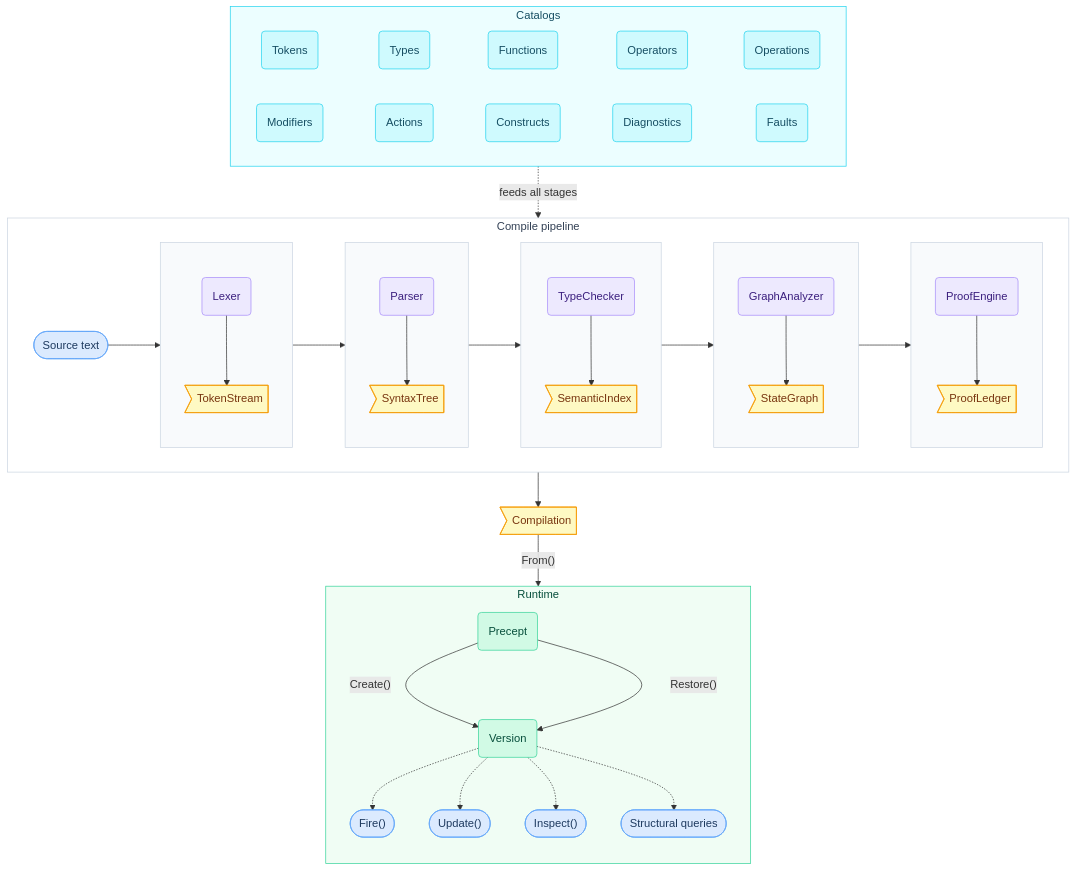
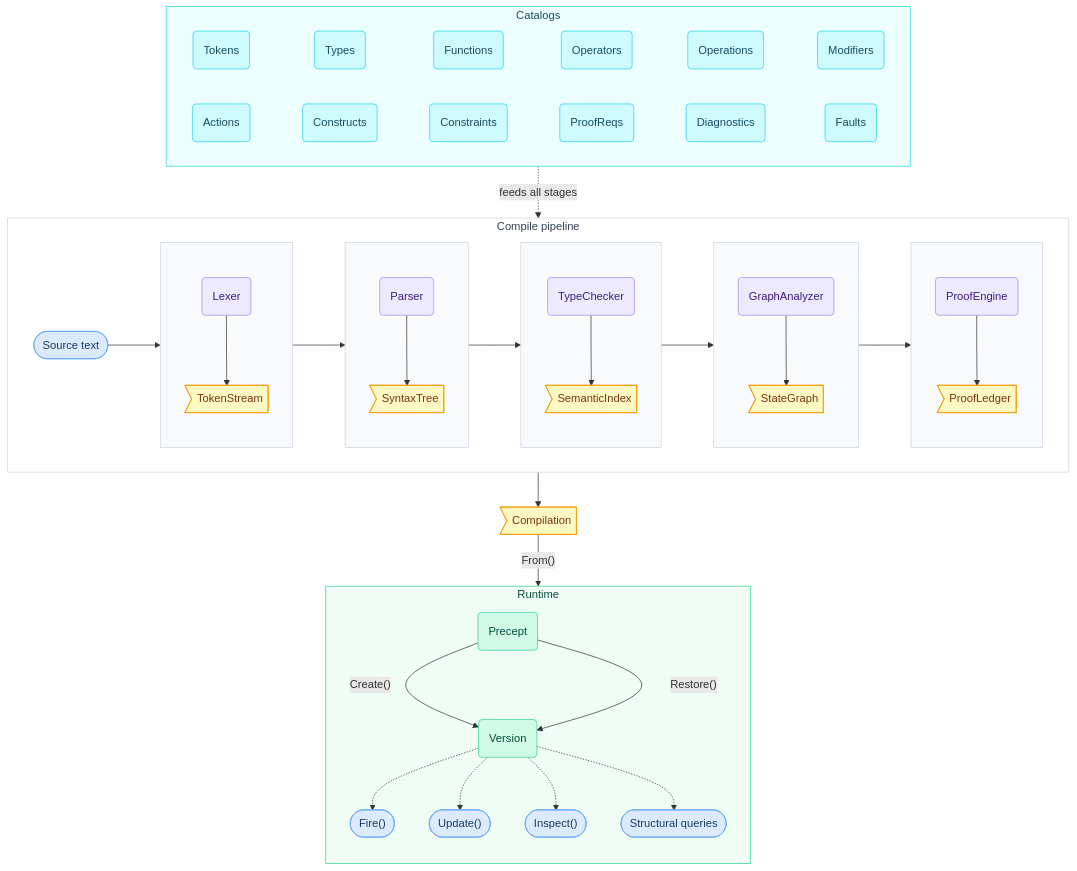
Before and after one commit to sfalik/Precept: the first of 9 diagrams in docs/compiler-and-runtime-design.md, drawn with Mermaid. The commit also changed other lines of this file and 2 other files, not shown here.

First line of the commit message:
docs: update all 10→12 catalog count references and diagram

````diff
--- a/docs/compiler-and-runtime-design.md
+++ b/docs/compiler-and-runtime-design.md
@@ -61,76 +61,76 @@
 ```mermaid
 flowchart TD
     classDef input    fill:#dbeafe,stroke:#60a5fa,color:#1e3a5f
     classDef catalog  fill:#cffafe,stroke:#22d3ee,color:#164e63
     classDef stage    fill:#ede9fe,stroke:#a78bfa,color:#3b1f7e
     classDef artifact fill:#fef3c7,stroke:#f59e0b,color:#78350f
     classDef out      fill:#fef9c3,stroke:#f59e0b,color:#78350f
     classDef runtime  fill:#d1fae5,stroke:#34d399,color:#064e3b
 
     PR(Precept):::runtime
     V(Version):::runtime
     INS(["Inspect()"]):::input
     SQ([Structural queries]):::input
     FIR(["Fire()"]):::input
     UPD(["Update()"]):::input
 
     subgraph COMPILE[Compile pipeline]
         direction LR
 
         SRC([Source text]):::input
 
         subgraph c1[ ]
             direction TB
             LEX(Lexer):::stage --> TS>"TokenStream"]:::out
         end
         subgraph c2[ ]
             direction TB
             PAR(Parser):::stage --> ST>"SyntaxTree"]:::out
         end
         subgraph c3[ ]
             direction TB
             TC(TypeChecker):::stage --> SI>"SemanticIndex"]:::out
         end
         subgraph c4[ ]
             direction TB
             GA(GraphAnalyzer):::stage --> SG>"StateGraph"]:::out
         end
         subgraph c5[ ]
             direction TB
             PE(ProofEngine):::stage --> PL>"ProofLedger"]:::out
         end
 
         SRC --> c1 --> c2 --> c3 --> c4 --> c5
     end
 
     CR>"Compilation"]:::out
 
     subgraph CATALOGS[Catalogs]
         direction LR
-        TOK(Tokens):::catalog ~~~ TYP(Types):::catalog ~~~ FUN(Functions):::catalog ~~~ OPR(Operators):::catalog ~~~ OPN(Operations):::catalog
-        MOD(Modifiers):::catalog ~~~ ACT(Actions):::catalog ~~~ CON(Constructs):::catalog ~~~ DIA(Diagnostics):::catalog ~~~ FLT(Faults):::catalog
+        TOK(Tokens):::catalog ~~~ TYP(Types):::catalog ~~~ FUN(Functions):::catalog ~~~ OPR(Operators):::catalog ~~~ OPN(Operations):::catalog ~~~ MOD(Modifiers):::catalog
+        ACT(Actions):::catalog ~~~ CON(Constructs):::catalog ~~~ CST(Constraints):::catalog ~~~ PRQ(ProofReqs):::catalog ~~~ DIA(Diagnostics):::catalog ~~~ FLT(Faults):::catalog
     end
 
     CATALOGS -. feeds all stages .-> COMPILE
     COMPILE --> CR
     CR -- "From()" --> PR
 
     subgraph RUNTIME[Runtime]
         direction TB
         PR -- "Create()" --> V
         PR -- "Restore()" --> V
         V -.-> FIR
         V -.-> UPD
         V -.-> INS
         V -.-> SQ
     end
 
     style COMPILE  fill:#ffffff,stroke:#cbd5e1,color:#334155
     style RUNTIME  fill:#f0fdf4,stroke:#34d399,color:#064e3b
     style CATALOGS fill:#ecfeff,stroke:#22d3ee,color:#164e63
     style c1 fill:#f8fafc,stroke:#cbd5e1
     style c2 fill:#f8fafc,stroke:#cbd5e1
     style c3 fill:#f8fafc,stroke:#cbd5e1
     style c4 fill:#f8fafc,stroke:#cbd5e1
     style c5 fill:#f8fafc,stroke:#cbd5e1
 ```
````
